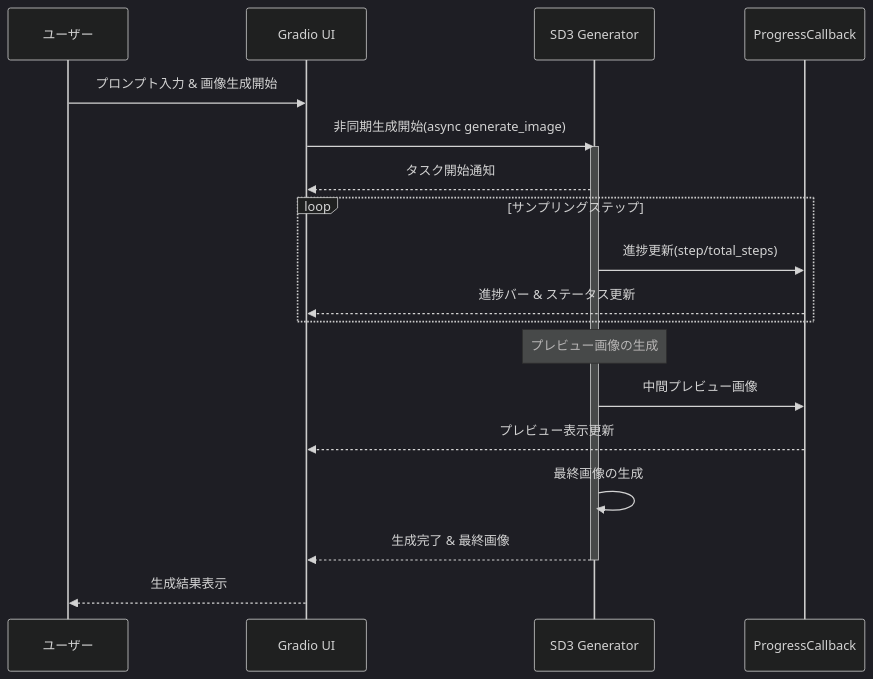
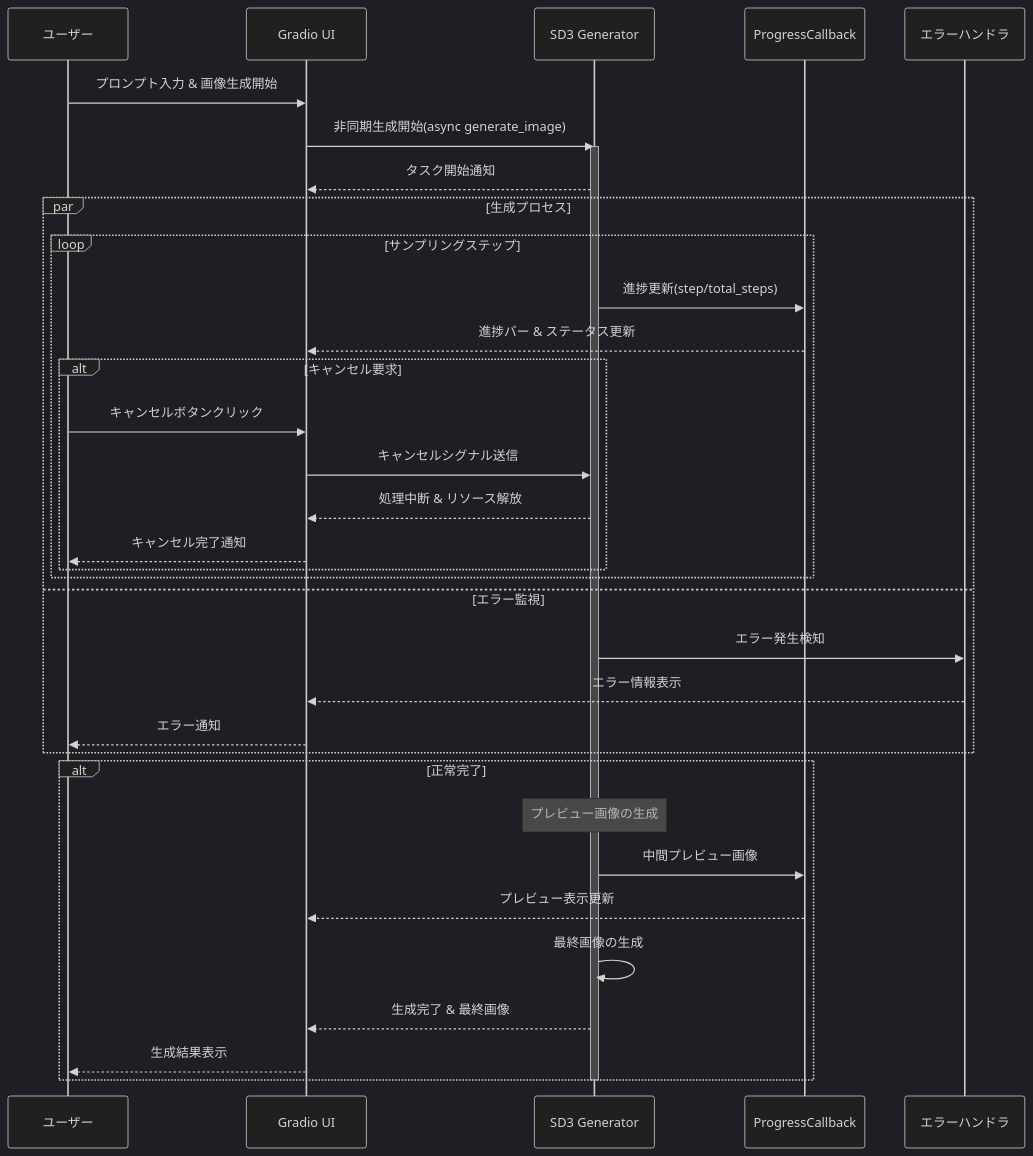
One commit to NewAITees/GenerativeAIArtWeb changed the third of 7 diagrams in Docs/ARCHITECTURE.md. Above: the diagram before and after it, drawn with Mermaid (dark theme). The commit also changed other lines of this file and 3 other files, not shown here.

````diff
--- a/Docs/ARCHITECTURE.md
+++ b/Docs/ARCHITECTURE.md
@@ -97,29 +97,45 @@
 ```mermaid
 sequenceDiagram
     participant User as ユーザー
     participant UI as Gradio UI
     participant Generator as SD3 Generator
     participant Callback as ProgressCallback
+    participant ErrorHandler as エラーハンドラ
     
     User->>UI: プロンプト入力 & 画像生成開始
     
     UI->>Generator: 非同期生成開始(async generate_image)
     
     activate Generator
     Generator-->>UI: タスク開始通知
     
-    loop サンプリングステップ
-        Generator->>Callback: 進捗更新(step/total_steps)
-        Callback-->>UI: 進捗バー & ステータス更新
+    par 生成プロセス
+        loop サンプリングステップ
+            Generator->>Callback: 進捗更新(step/total_steps)
+            Callback-->>UI: 進捗バー & ステータス更新
+            
+            alt キャンセル要求
+                User->>UI: キャンセルボタンクリック
+                UI->>Generator: キャンセルシグナル送信
+                Generator-->>UI: 処理中断 & リソース解放
+                UI-->>User: キャンセル完了通知
+            end
+        end
+    and エラー監視
+        Generator->>ErrorHandler: エラー発生検知
+        ErrorHandler-->>UI: エラー情報表示
+        UI-->>User: エラー通知
     end
     
-    Note over Generator: プレビュー画像の生成
-    Generator->>Callback: 中間プレビュー画像
-    Callback-->>UI: プレビュー表示更新
+    alt 正常完了
+        Note over Generator: プレビュー画像の生成
+        Generator->>Callback: 中間プレビュー画像
+        Callback-->>UI: プレビュー表示更新
+        
+        Generator->>Generator: 最終画像の生成
+        Generator-->>UI: 生成完了 & 最終画像
+        UI-->>User: 生成結果表示
+    end
     
-    Generator->>Generator: 最終画像の生成
-    Generator-->>UI: 生成完了 & 最終画像
     deactivate Generator
-    
-    UI-->>User: 生成結果表示
 ```
````
